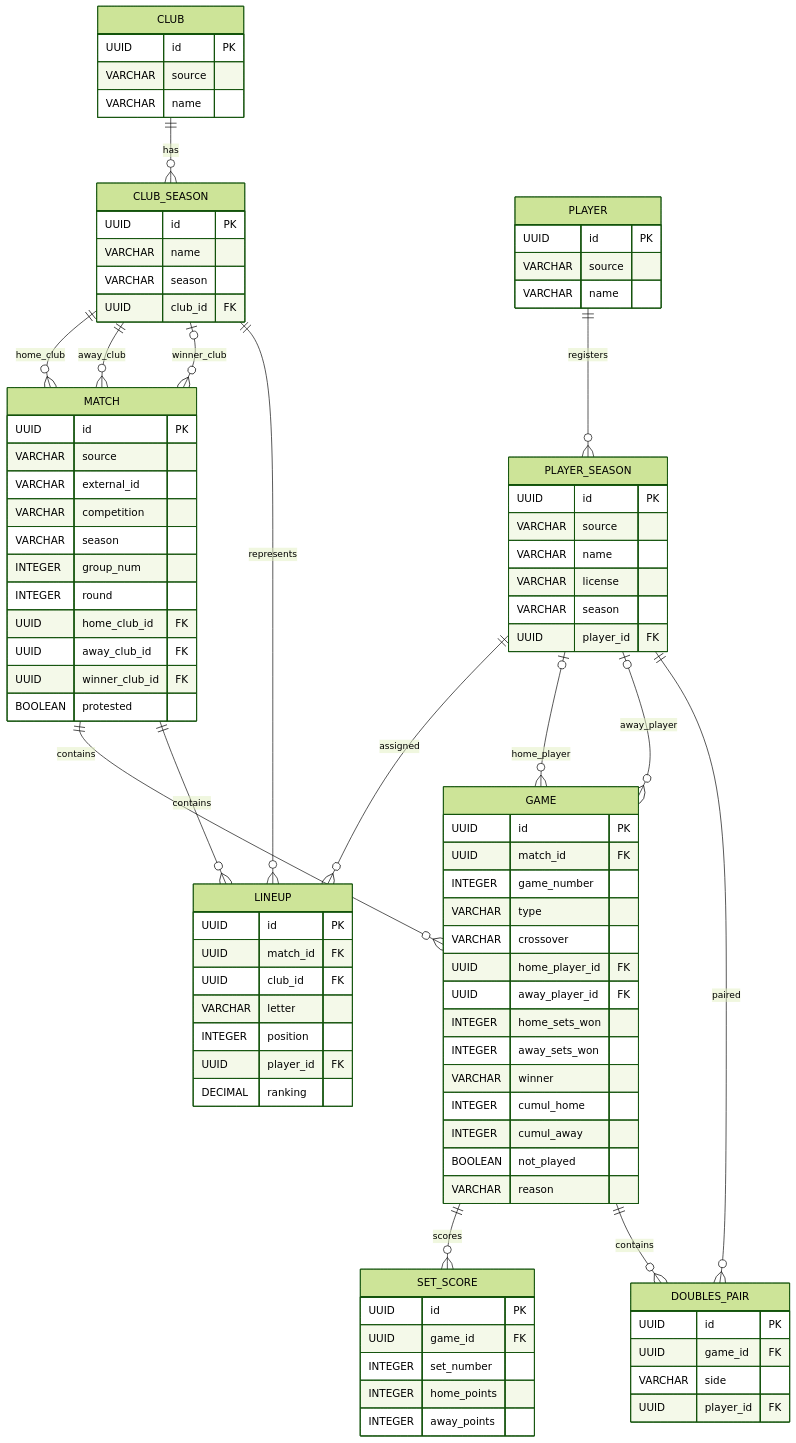
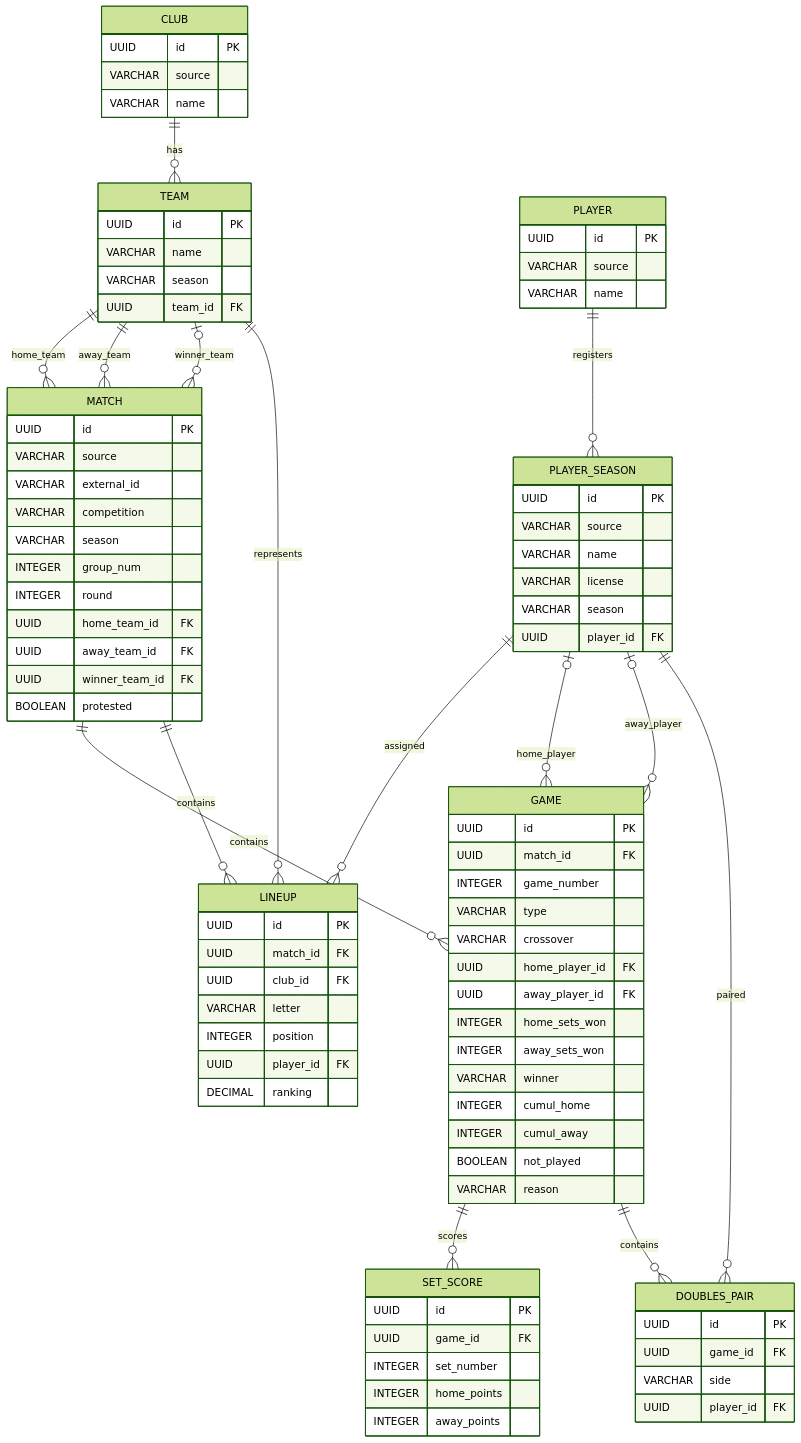
One commit to albertsanso/tt-league-services changed the diagram in tt-data-league-core-repository-jpa/docs/rfetm-datamodel.md. Above: the diagram before and after it, drawn with Mermaid (forest theme). The commit also changed other lines of this file and 84 other files, not shown here.

````diff
--- a/tt-data-league-core-repository-jpa/docs/rfetm-datamodel.md
+++ b/tt-data-league-core-repository-jpa/docs/rfetm-datamodel.md
@@ -259,10 +295,10 @@
 ```mermaid
 erDiagram
-    CLUB ||--o{ CLUB_SEASON : has
-    CLUB_SEASON ||--o{ MATCH : home_club
-    CLUB_SEASON ||--o{ MATCH : away_club
-    CLUB_SEASON o|--o{ MATCH : winner_club
-    CLUB_SEASON ||--o{ LINEUP : represents
+    CLUB ||--o{ TEAM : has
+    TEAM ||--o{ MATCH : home_team
+    TEAM ||--o{ MATCH : away_team
+    TEAM o|--o{ MATCH : winner_team
+    TEAM ||--o{ LINEUP : represents
     PLAYER ||--o{ PLAYER_SEASON : registers
     PLAYER_SEASON ||--o{ LINEUP : assigned
     PLAYER_SEASON o|--o{ GAME : home_player
@@ -278,11 +314,11 @@
         VARCHAR source
         VARCHAR name
     }
-    CLUB_SEASON {
+    TEAM {
         UUID id PK
         VARCHAR name
         VARCHAR season
-        UUID club_id FK
+        UUID team_id FK
     }
     PLAYER {
         UUID id PK
@@ -305,9 +341,9 @@
         VARCHAR season
         INTEGER group_num
         INTEGER round
-        UUID home_club_id FK
-        UUID away_club_id FK
-        UUID winner_club_id FK
+        UUID home_team_id FK
+        UUID away_team_id FK
+        UUID winner_team_id FK
         BOOLEAN protested
     }
     LINEUP {
````
